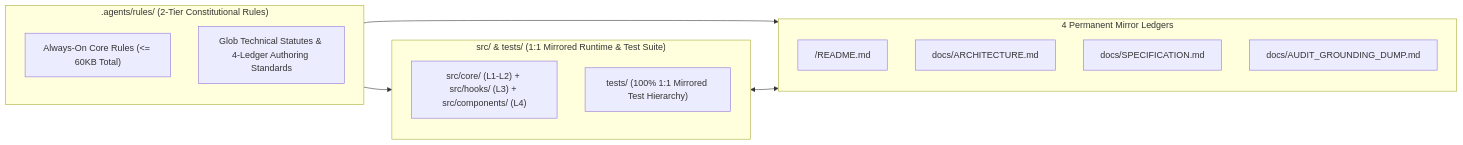
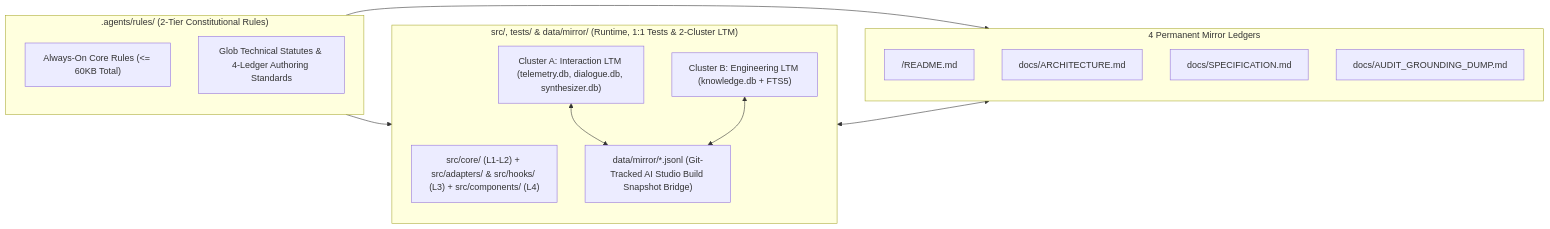
Before and after one commit to jinseobhong/eterna-luminas: the diagram in README.md, drawn with Mermaid. The commit also changed other lines of this file and 6 other files, not shown here.

Commit message:
feat(architecture): establish 2-cluster LTM separation, synthesizer.db, JSONL bridge & abstract engineering laws

````diff
--- a/README.md
+++ b/README.md
@@ -18,23 +18,26 @@
 ```mermaid
 flowchart LR
     subgraph RULES[".agents/rules/ (2-Tier Constitutional Rules)"]
         ALWAYS["Always-On Core Rules (<= 60KB Total)"]
         GLOBS["Glob Technical Statutes & 4-Ledger Authoring Standards"]
     end
 
     subgraph LEDGERS["4 Permanent Mirror Ledgers"]
         L_README["/README.md"]
         L_ARCH["docs/ARCHITECTURE.md"]
         L_SPEC["docs/SPECIFICATION.md"]
         L_DUMP["docs/AUDIT_GROUNDING_DUMP.md"]
     end
 
-    subgraph RUNTIME["src/ & tests/ (1:1 Mirrored Runtime & Test Suite)"]
-        SRC["src/core/ (L1-L2) + src/hooks/ (L3) + src/components/ (L4)"]
-        TST["tests/ (100% 1:1 Mirrored Test Hierarchy)"]
+    subgraph RUNTIME["src/, tests/ & data/mirror/ (Runtime, 1:1 Tests & 2-Cluster LTM)"]
+        SRC["src/core/ (L1-L2) + src/adapters/ & src/hooks/ (L3) + src/components/ (L4)"]
+        LTM_INT["Cluster A: Interaction LTM (telemetry.db, dialogue.db, synthesizer.db)"]
+        LTM_ENG["Cluster B: Engineering LTM (knowledge.db + FTS5)"]
+        MIRROR["data/mirror/*.jsonl (Git-Tracked AI Studio Build Snapshot Bridge)"]
     end
 
     RULES --> LEDGERS
     RULES --> RUNTIME
+    LTM_INT & LTM_ENG <--> MIRROR
     RUNTIME <--> LEDGERS
 ```
````
